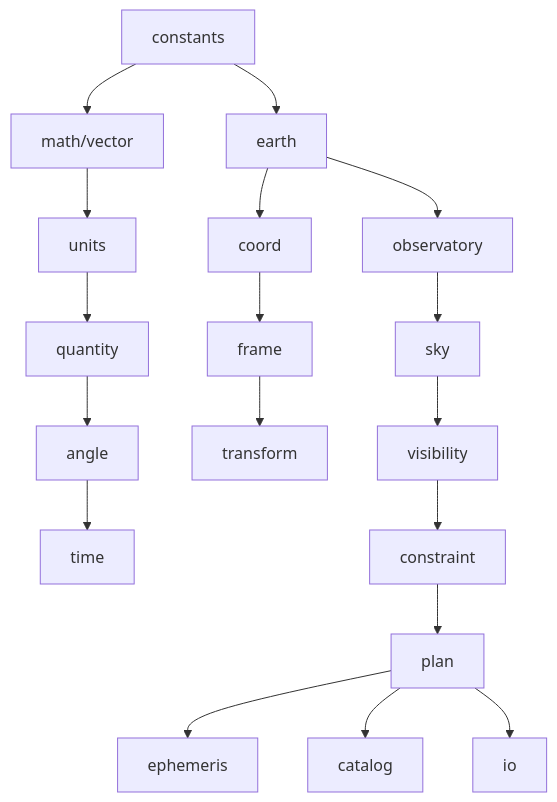
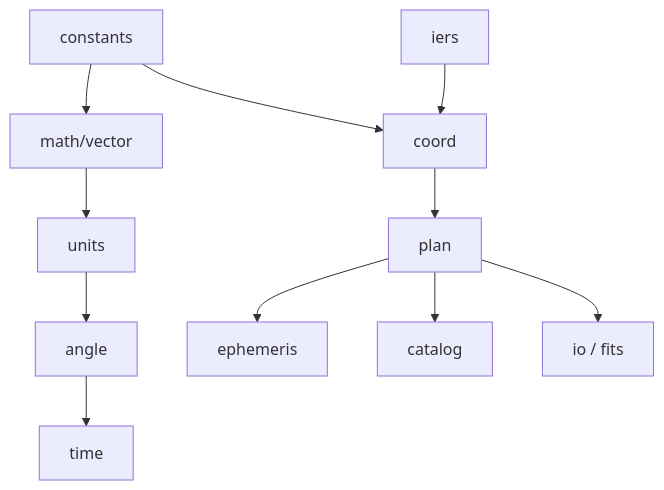
The diagram in README.md (TuSKan/astrogo), drawn with Mermaid before and after one commit. The commit also changed other lines of this file and 130 other files, not shown here.

````diff
--- a/README.md
+++ b/README.md
@@ -263,10 +255,10 @@
 ```mermaid
 flowchart TD
-    C[constants] --> V[math/vector] --> U[units] --> Q[quantity] --> A[angle] --> T[time]
-    C --> E[earth] --> Co[coord] --> F[frame] --> Tr[transform]
-    E --> Ob[observatory] --> S[sky] --> Vi[visibility]
-    Vi --> Cs[constraint] --> P[plan]
+    C[constants] --> V[math/vector] --> U[units] --> A[angle] --> T[time]
+    C --> Co[coord]
+    Co --> P[plan]
     P --> Ep[ephemeris]
     P --> Cat[catalog]
-    P --> IO[io]
+	I[iers] --> Co
+    P --> IO[io / fits]
 ```
````
